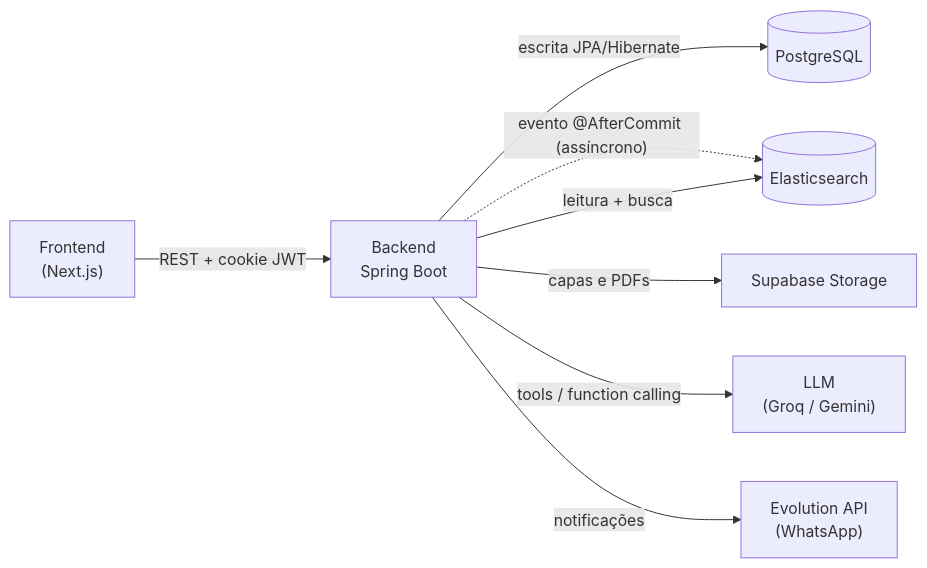
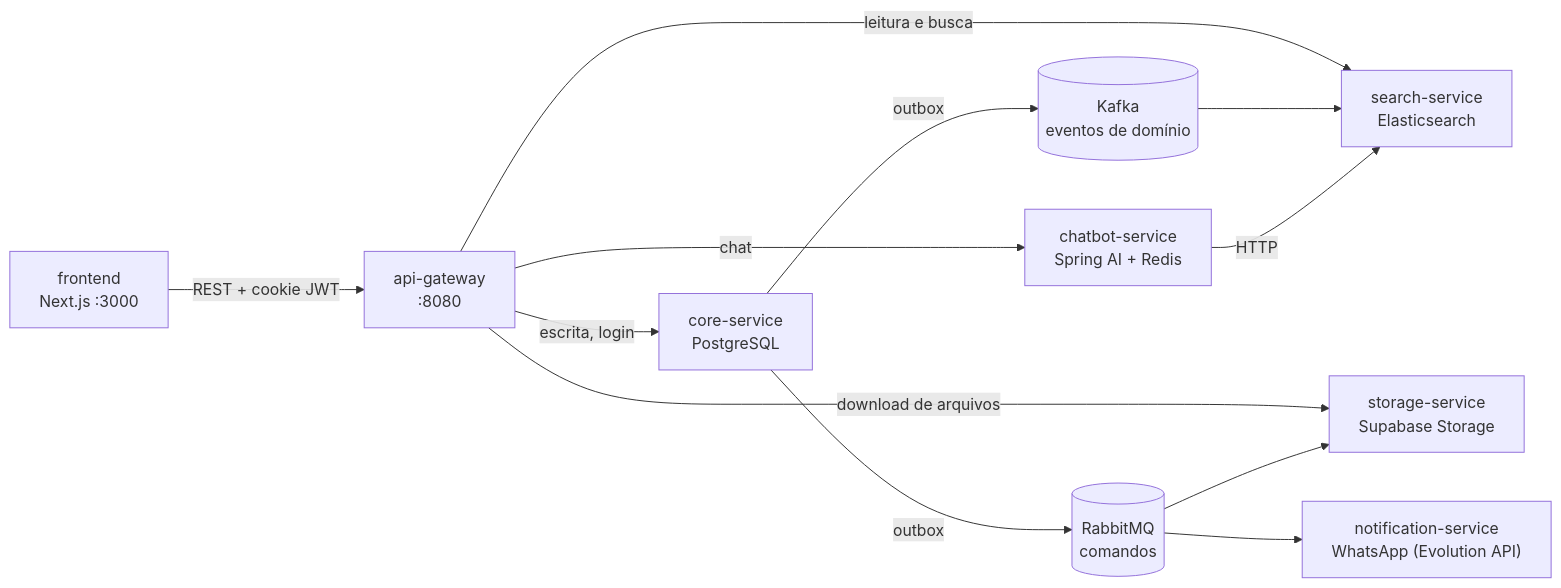
Before and after one commit to Macinao/biblioteca-digital: the diagram in README.md, drawn with Mermaid. The commit also changed other lines of this file and 1 other file, not shown here.

````diff
--- a/README.md
+++ b/README.md
@@ -21,10 +20,17 @@
 ```mermaid
 flowchart LR
-    FE["Frontend<br/>(Next.js)"] -->|REST + cookie JWT| API["Backend<br/>Spring Boot"]
-    API -->|escrita JPA/Hibernate| PG[("PostgreSQL")]
-    API -. "evento @AfterCommit (assíncrono)" .-> ES[("Elasticsearch")]
-    API -->|leitura + busca| ES
-    API -->|capas e PDFs| SB["Supabase Storage"]
-    API -->|tools / function calling| AI["LLM<br/>(Groq / Gemini)"]
-    API -->|notificações| EVO["Evolution API<br/>(WhatsApp)"]
+    FE["frontend<br/>Next.js :3000"] -->|REST + cookie JWT| GW["api-gateway<br/>:8080"]
+
+    GW -->|escrita, login| CORE["core-service<br/>PostgreSQL"]
+    GW -->|leitura e busca| SEARCH["search-service<br/>Elasticsearch"]
+    GW -->|download de arquivos| STORAGE["storage-service<br/>Supabase Storage"]
+    GW -->|chat| CHAT["chatbot-service<br/>Spring AI + Redis"]
+
+    CORE -->|outbox| KAFKA[("Kafka<br/>eventos de domínio")]
+    CORE -->|outbox| RABBIT[("RabbitMQ<br/>comandos")]
+
+    KAFKA --> SEARCH
+    RABBIT --> STORAGE
+    RABBIT --> NOTIF["notification-service<br/>WhatsApp (Evolution API)"]
+    CHAT -->|HTTP| SEARCH
 ```
````
